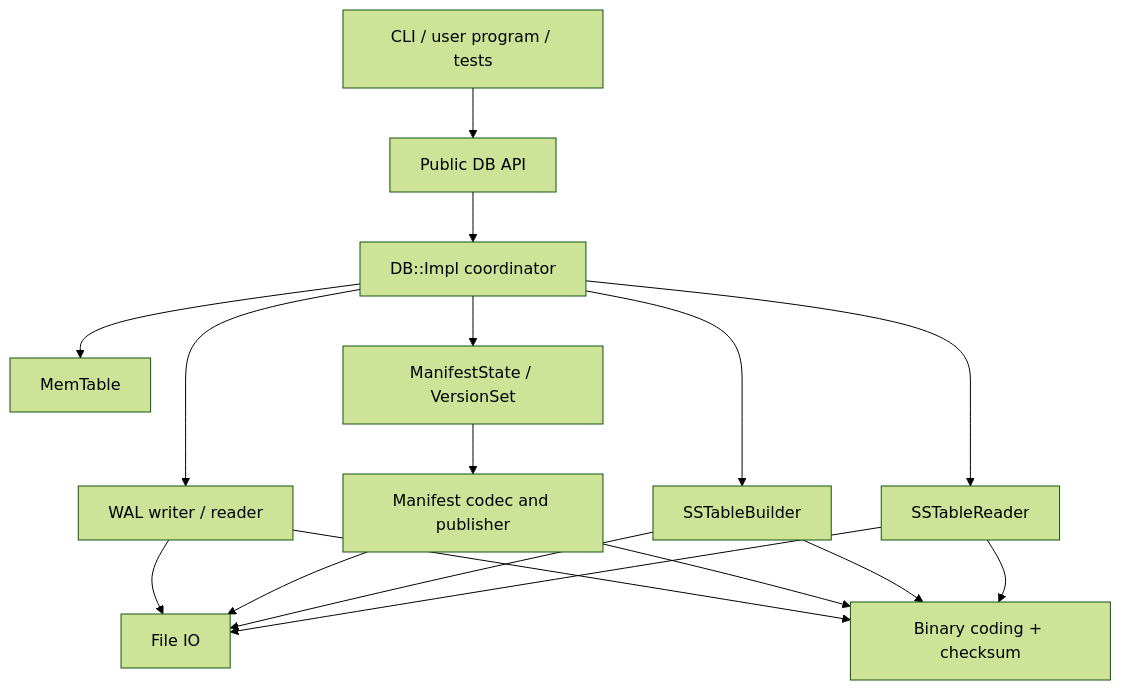
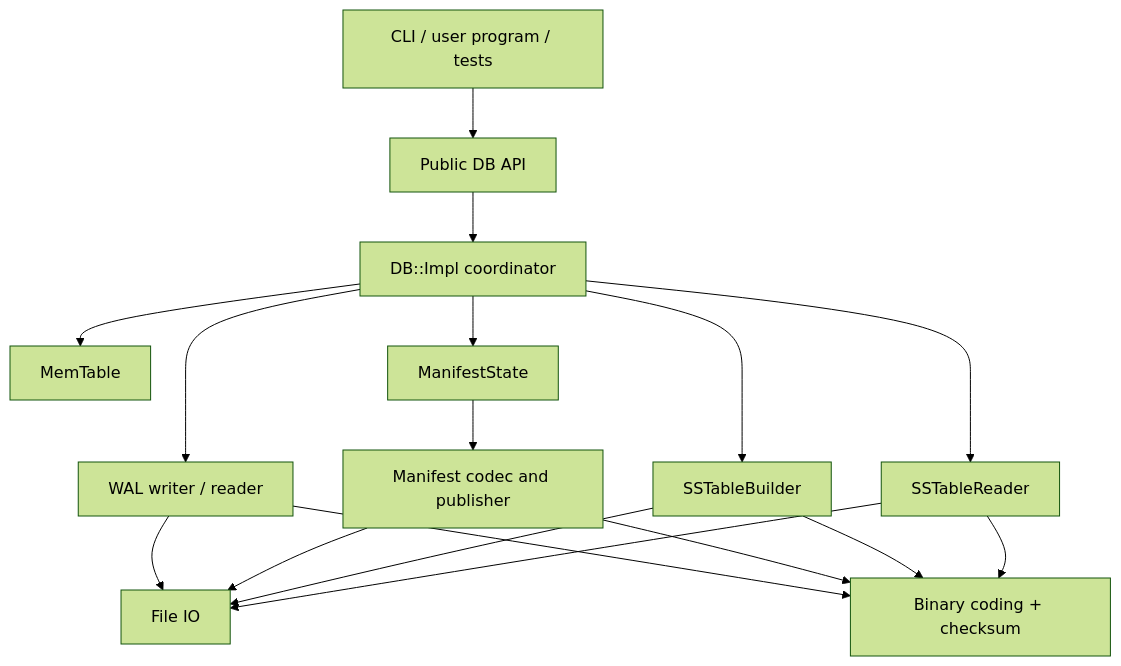
One commit to tinaLu0606/tinylsm changed the first of 6 diagrams in docs/plans/v0-v2-source-design.md. Above: the diagram before and after it, drawn with Mermaid (forest theme). The commit also changed other lines of this file and 1 other file, not shown here.

````diff
--- a/docs/plans/v0-v2-source-design.md
+++ b/docs/plans/v0-v2-source-design.md
@@ -45,19 +46,19 @@
 ```mermaid
 flowchart TD
     Caller[CLI / user program / tests] --> API[Public DB API]
     API --> Impl[DB::Impl coordinator]
     Impl --> Mem[MemTable]
     Impl --> WAL[WAL writer / reader]
-    Impl --> Versions[ManifestState / VersionSet]
+    Impl --> Versions[ManifestState]
     Impl --> Builder[SSTableBuilder]
     Impl --> Reader[SSTableReader]
     WAL --> IO[File IO]
     Versions --> Manifest[Manifest codec and publisher]
     Manifest --> IO
     Builder --> IO
     Reader --> IO
     WAL --> Codec[Binary coding + checksum]
     Manifest --> Codec
     Builder --> Codec
     Reader --> Codec
 ```
````
